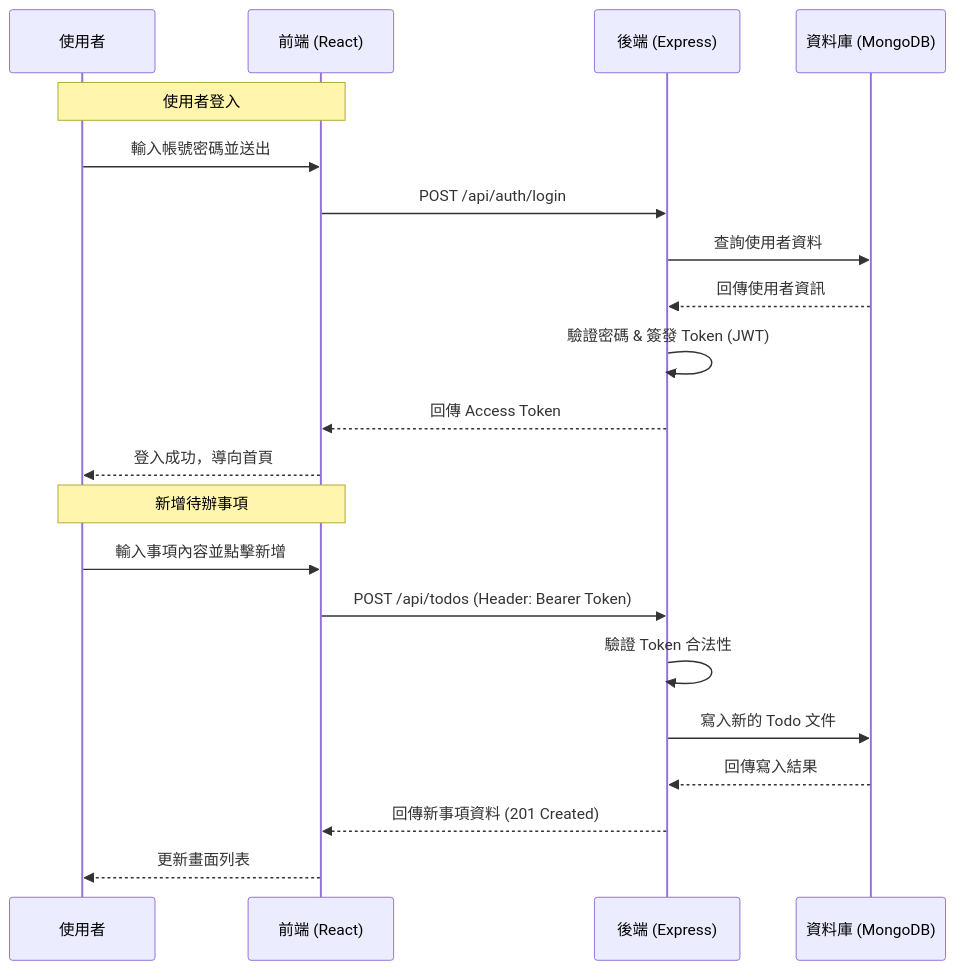
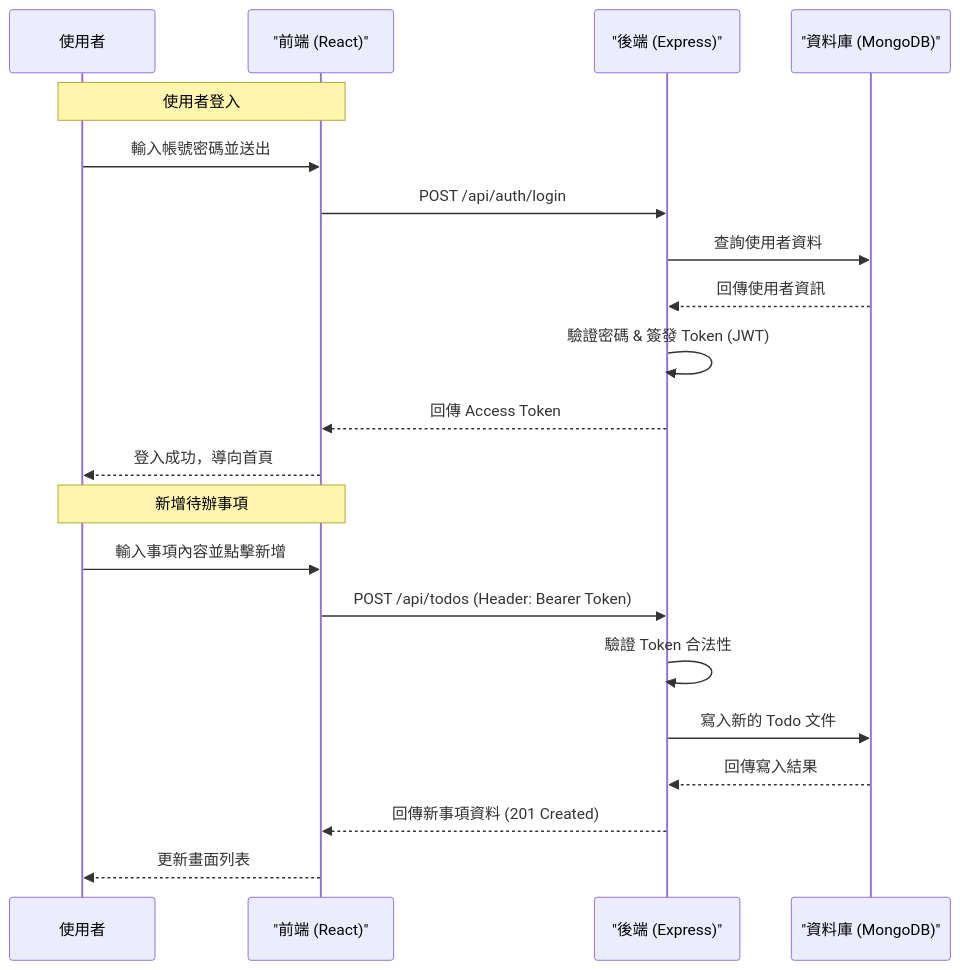
One commit to snowcandice/114_tkuim_web changed the second of 2 diagrams in project-name/README.md. Above: the diagram before and after it, drawn with Mermaid. The commit also changed other lines of this file, not shown here.

Commit message:
docs: 更新 README 安裝說明

````diff
--- a/project-name/README.md
+++ b/project-name/README.md
@@ -32,25 +32,25 @@
 ```mermaid
 sequenceDiagram
     participant U as 使用者
-    participant F as 前端 (React)
-    participant B as 後端 (Express)
-    participant D as 資料庫 (MongoDB)
+    participant F as "前端 (React)"
+    participant B as "後端 (Express)"
+    participant D as "資料庫 (MongoDB)"
 
     Note over U, F: 使用者登入
     U->>F: 輸入帳號密碼並送出
     F->>B: POST /api/auth/login
     B->>D: 查詢使用者資料
     D-->>B: 回傳使用者資訊
     B->>B: 驗證密碼 & 簽發 Token (JWT)
     B-->>F: 回傳 Access Token
     F-->>U: 登入成功，導向首頁
 
     Note over U, F: 新增待辦事項
     U->>F: 輸入事項內容並點擊新增
     F->>B: POST /api/todos (Header: Bearer Token)
     B->>B: 驗證 Token 合法性
     B->>D: 寫入新的 Todo 文件
     D-->>B: 回傳寫入結果
     B-->>F: 回傳新事項資料 (201 Created)
     F-->>U: 更新畫面列表
 ```
````
